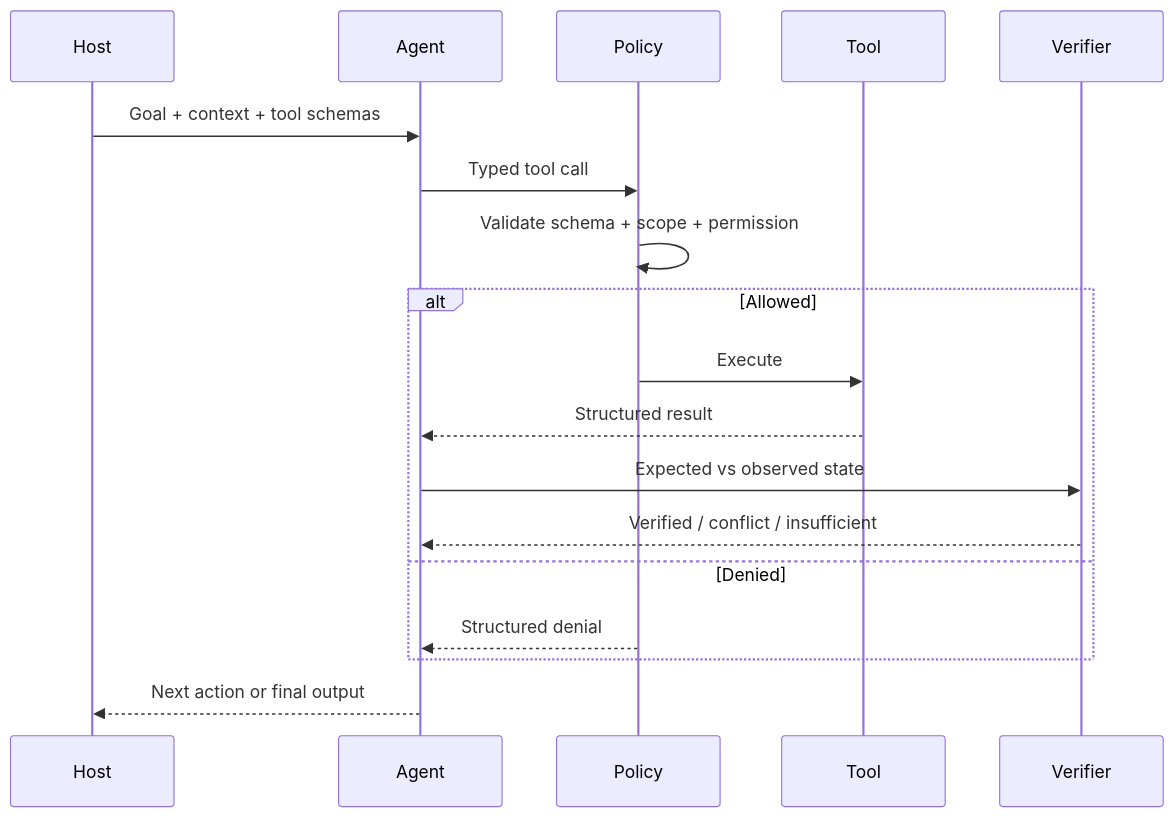
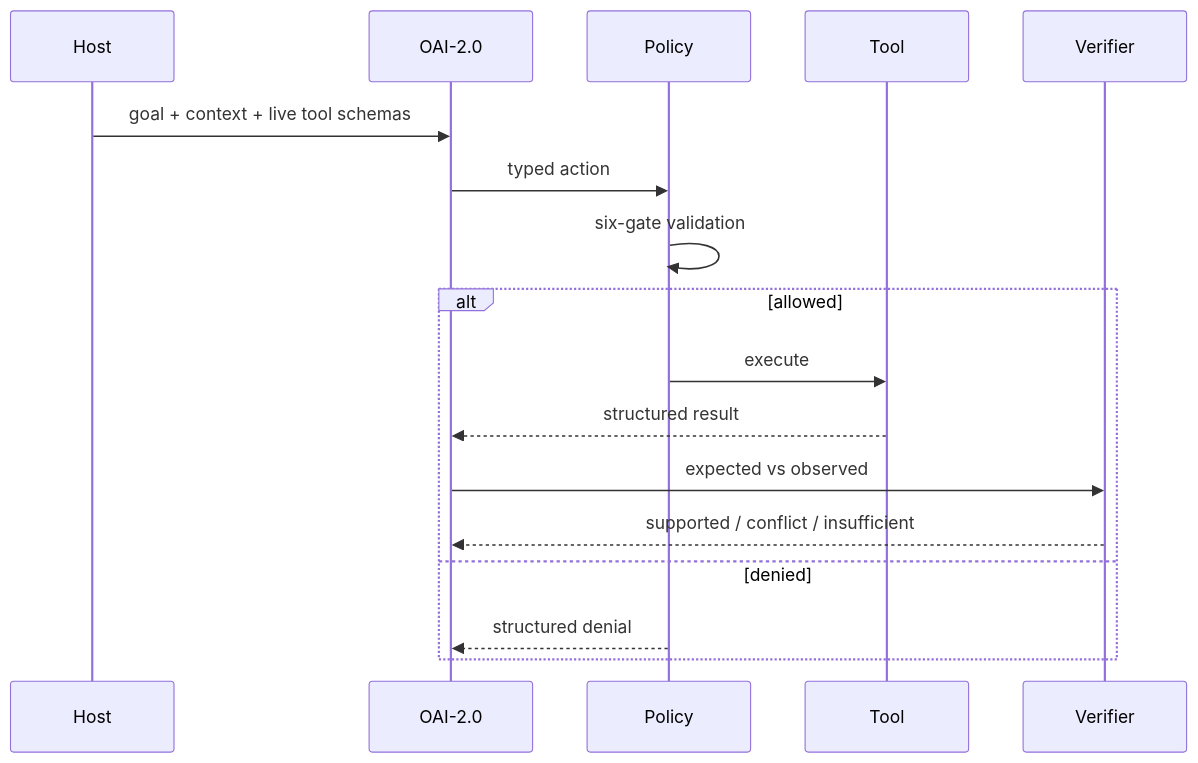
One commit to ORCHORDS-LCC/OAI-2.0 changed the diagram in docs/agent-architecture/TOOL_CALLING.md. Above: the diagram before and after it, drawn with Mermaid. The commit also changed other lines of this file and 23 other files, not shown here.

````diff
--- a/docs/agent-architecture/TOOL_CALLING.md
+++ b/docs/agent-architecture/TOOL_CALLING.md
@@ -9,21 +28,20 @@
 ```mermaid
 sequenceDiagram
     participant H as Host
-    participant M as Agent
+    participant M as OAI-2.0
     participant P as Policy
     participant T as Tool
     participant V as Verifier
 
-    H->>M: Goal + context + tool schemas
-    M->>P: Typed tool call
-    P->>P: Validate schema + scope + permission
-    alt Allowed
-      P->>T: Execute
-      T-->>M: Structured result
-      M->>V: Expected vs observed state
-      V-->>M: Verified / conflict / insufficient
-    else Denied
-      P-->>M: Structured denial
+    H->>M: goal + context + live tool schemas
+    M->>P: typed action
+    P->>P: six-gate validation
+    alt allowed
+        P->>T: execute
+        T-->>M: structured result
+        M->>V: expected vs observed
+        V-->>M: supported / conflict / insufficient
+    else denied
+        P-->>M: structured denial
     end
-    M-->>H: Next action or final output
 ```
````
